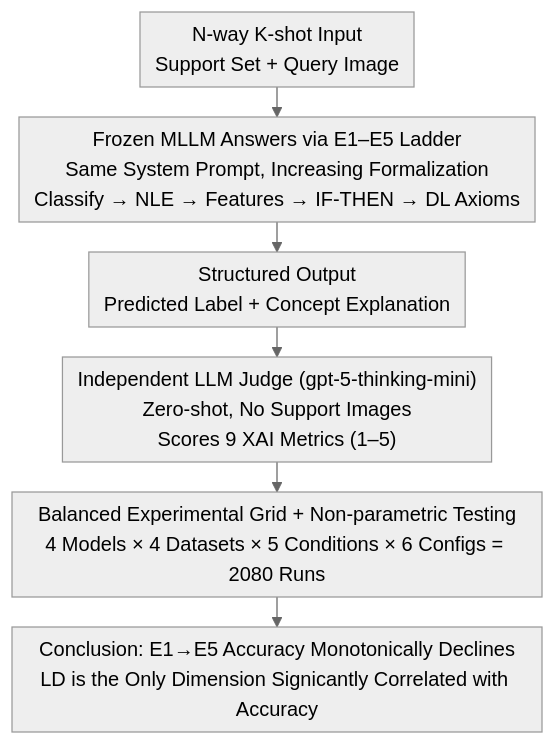
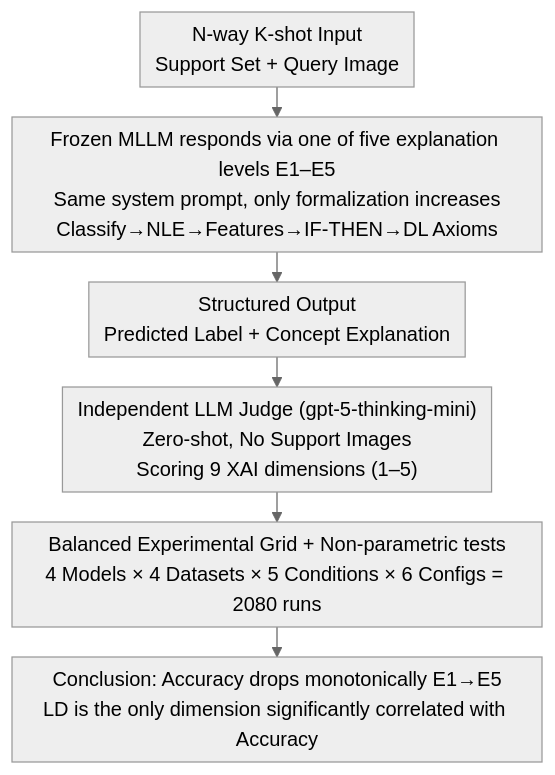
One commit to zhaoyang97/Paper-Notes-en changed the diagram in docs/ICML2026/multimodal_vlm/explaining_is_harder_than_predicting_alone_evaluating_concept-based_explanations.md. Above: the diagram before and after it, drawn with Mermaid (neutral theme). The commit also changed other lines of this file and 5084 other files, not shown here.

````diff
--- a/docs/ICML2026/multimodal_vlm/explaining_is_harder_than_predicting_alone_evaluating_concept-based_explanations.md
+++ b/docs/ICML2026/multimodal_vlm/explaining_is_harder_than_predicting_alone_evaluating_concept-based_explanations.md
@@ -43,9 +43,9 @@
 ```mermaid
 %%{init: {'flowchart': {'rankSpacing': 24, 'nodeSpacing': 28, 'padding': 6, 'wrappingWidth': 400}}}%%
 flowchart TD
-    A["N-way K-shot Input<br/>Support Set + Query Image"] --> B["Frozen MLLM Answers via E1–E5 Ladder<br/>Same System Prompt, Increasing Formalization<br/>Classify → NLE → Features → IF-THEN → DL Axioms"]
+    A["N-way K-shot Input<br/>Support Set + Query Image"] --> B["Frozen MLLM responds via one of five explanation levels E1–E5<br/>Same system prompt, only formalization increases<br/>Classify→NLE→Features→IF-THEN→DL Axioms"]
     B --> C["Structured Output<br/>Predicted Label + Concept Explanation"]
-    C --> D["Independent LLM Judge (gpt-5-thinking-mini)<br/>Zero-shot, No Support Images<br/>Scores 9 XAI Metrics (1–5)"]
-    D --> E["Balanced Experimental Grid + Non-parametric Testing<br/>4 Models × 4 Datasets × 5 Conditions × 6 Configs = 2080 Runs"]
-    E --> F["Conclusion: E1→E5 Accuracy Monotonically Declines<br/>LD is the Only Dimension Signicantly Correlated with Accuracy"]
+    C --> D["Independent LLM Judge (gpt-5-thinking-mini)<br/>Zero-shot, No Support Images<br/>Scoring 9 XAI dimensions (1–5)"]
+    D --> E["Balanced Experimental Grid + Non-parametric tests<br/>4 Models × 4 Datasets × 5 Conditions × 6 Configs = 2080 runs"]
+    E --> F["Conclusion: Accuracy drops monotonically E1→E5<br/>LD is the only dimension significantly correlated with Accuracy"]
 ```
````
